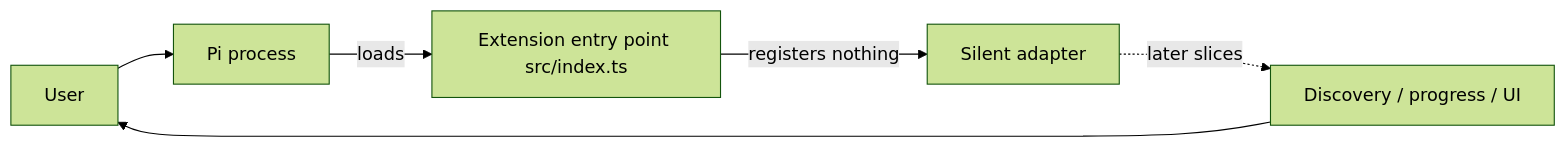
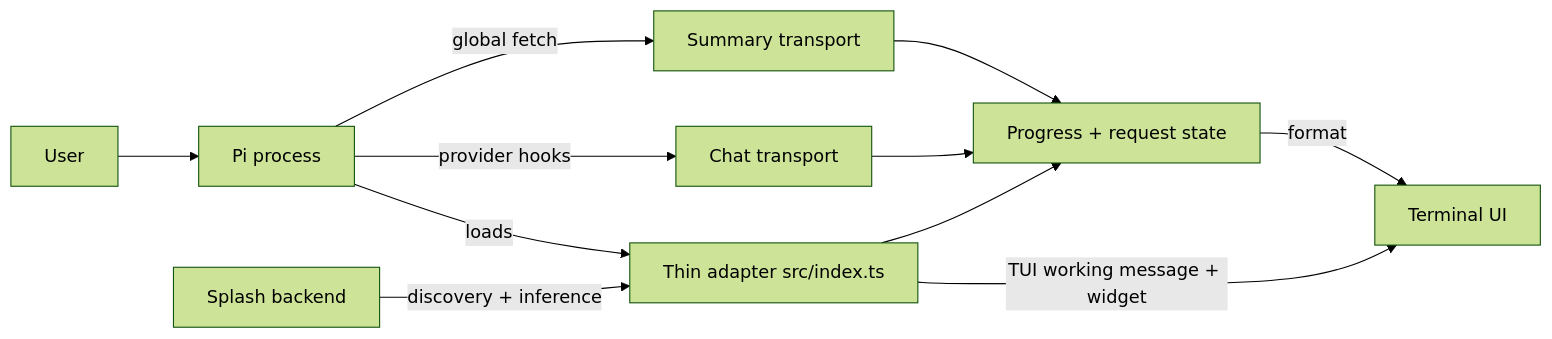
One commit to cltec/pi-splash-stats changed the first of 2 diagrams in docs/ARCHITECTURE.md. Above: the diagram before and after it, drawn with Mermaid (forest theme). The commit also changed other lines of this file and 1 other file, not shown here.

First line of the commit message:
S6: rework ARCHITECTURE.md and ADR 0001 for the implemented extension

````diff
--- a/docs/ARCHITECTURE.md
+++ b/docs/ARCHITECTURE.md
@@ -24,8 +38,13 @@
 ```mermaid
 flowchart LR
   User[User] --> Pi[Pi process]
-  Pi -->|loads| Ext[Extension entry point src/index.ts]
-  Ext -->|registers nothing| Silent[Silent adapter]
-  Silent -.->|later slices| Stats[Discovery / progress / UI]
-  Stats --> User
+  Pi -->|loads| Ext[Thin adapter src/index.ts]
+  Ext -->|TUI working message + widget| TUI[Terminal UI]
+  Pi -->|provider hooks| Chat[Chat transport]
+  Pi -->|global fetch| Sum[Summary transport]
+  Chat --> State[Progress + request state]
+  Sum --> State
+  Ext --> State
+  Splash[Splash backend] -->|discovery + inference| Ext
+  State -->|format| TUI
 ```
````
